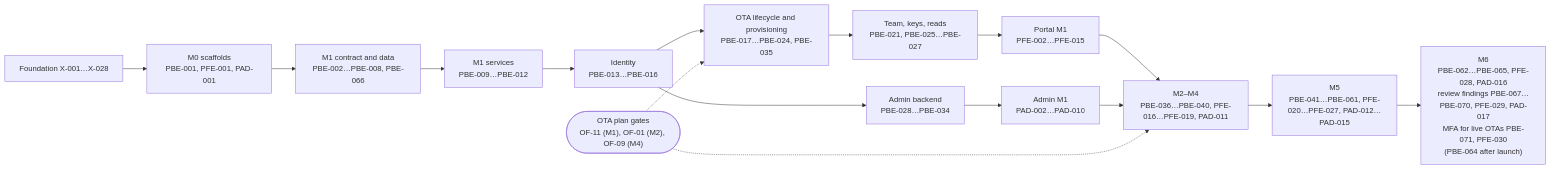
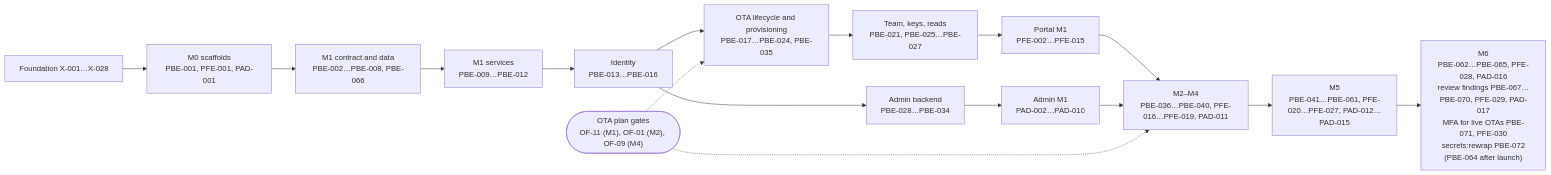
One commit to bhagwati-prasad/velexis-ota changed the diagram in platform/docs/plans/agent-tasks.md. Above: the diagram before and after it, drawn with Mermaid. The commit also changed other lines of this file and 33 other files, not shown here.

First line of the commit message:
fix: plan the console setting, reconciliation close and rewrap tasks, re-baseline the roadmap, run E2E before every deploy, and check the SSH source address

````diff
--- a/platform/docs/plans/agent-tasks.md
+++ b/platform/docs/plans/agent-tasks.md
@@ -2211,18 +2230,18 @@
 ```mermaid
 flowchart LR
   X["Foundation X-001…X-028"] --> M0["M0 scaffolds<br/>PBE-001, PFE-001, PAD-001"]
   M0 --> C1["M1 contract and data<br/>PBE-002…PBE-008, PBE-066"]
   C1 --> S1["M1 services<br/>PBE-009…PBE-012"]
   S1 --> ID["Identity<br/>PBE-013…PBE-016"]
   ID --> LC["OTA lifecycle and provisioning<br/>PBE-017…PBE-024, PBE-035"]
   LC --> TM["Team, keys, reads<br/>PBE-021, PBE-025…PBE-027"]
   ID --> AD["Admin backend<br/>PBE-028…PBE-034"]
   TM --> PFE["Portal M1<br/>PFE-002…PFE-015"]
   AD --> PAD["Admin M1<br/>PAD-002…PAD-010"]
   PFE --> M24["M2–M4<br/>PBE-036…PBE-040, PFE-016…PFE-019, PAD-011"]
   PAD --> M24
   M24 --> M5["M5<br/>PBE-041…PBE-061, PFE-020…PFE-027, PAD-012…PAD-015"]
-  M5 --> M6["M6<br/>PBE-062…PBE-065, PFE-028, PAD-016<br/>review findings PBE-067…PBE-070, PFE-029, PAD-017<br/>MFA for live OTAs PBE-071, PFE-030<br/>(PBE-064 after launch)"]
+  M5 --> M6["M6<br/>PBE-062…PBE-065, PFE-028, PAD-016<br/>review findings PBE-067…PBE-070, PFE-029, PAD-017<br/>MFA for live OTAs PBE-071, PFE-030<br/>secrets:rewrap PBE-072<br/>(PBE-064 after launch)"]
   OTA(["OTA plan gates<br/>OF-11 (M1), OF-01 (M2), OF-09 (M4)"]) -.-> LC
   OTA -.-> M24
 ```
````
